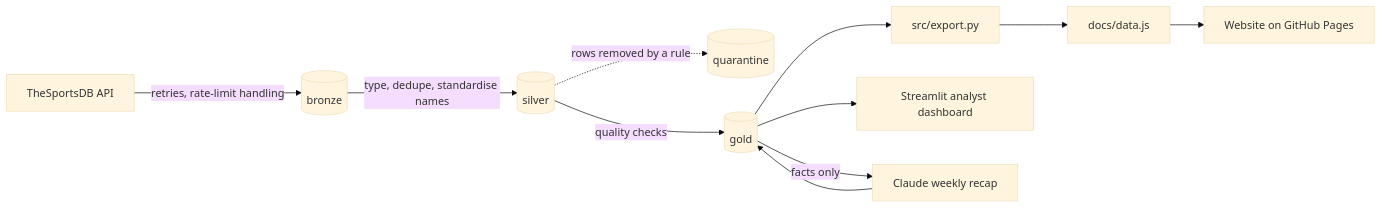
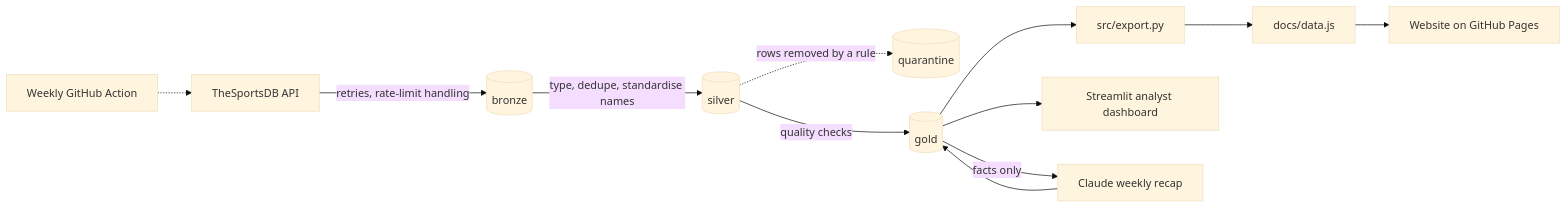
One commit to dhludhlazinhle-ops/psl-form-guide changed the diagram in README.md. Above: the diagram before and after it, drawn with Mermaid (base theme). The commit also changed other lines of this file and 4 other files, not shown here.

````diff
--- a/README.md
+++ b/README.md
@@ -23,13 +23,14 @@
 ```mermaid
 flowchart LR
+    CRON[Weekly GitHub Action] -.-> API
     API[TheSportsDB API] -->|retries, rate-limit handling| B[(bronze)]
     B -->|type, dedupe, standardise names| S[(silver)]
     S -.->|rows removed by a rule| Q[(quarantine)]
     S -->|quality checks| G[(gold)]
     G --> X[src/export.py]
     X --> J[docs/data.js]
     J --> W[Website on GitHub Pages]
     G --> D[Streamlit analyst dashboard]
     G -->|facts only| C[Claude weekly recap]
     C --> G
 ```
````
